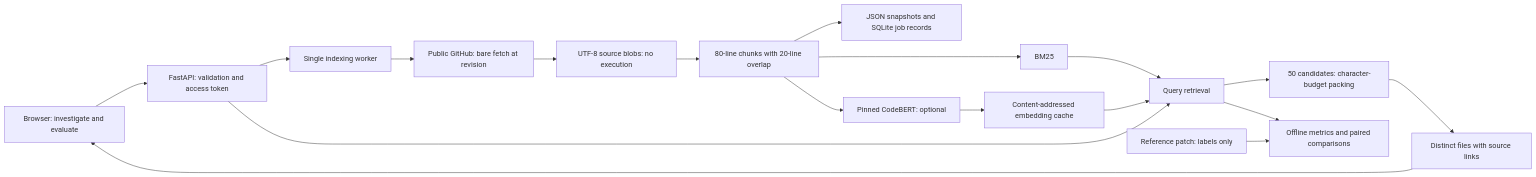
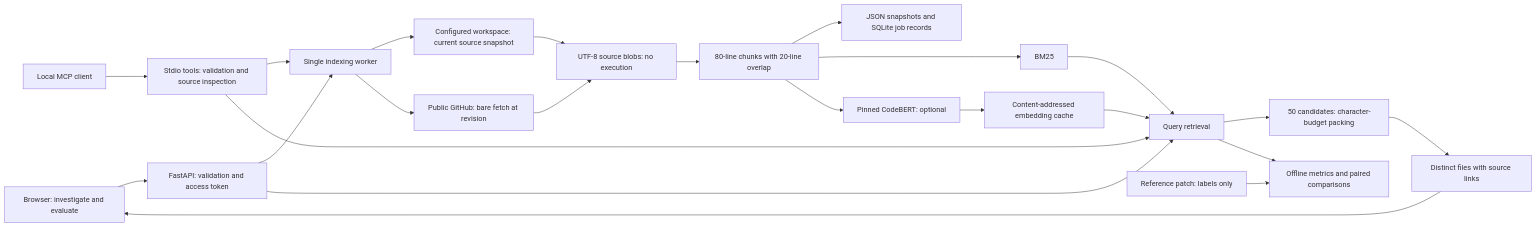
The diagram in docs/ARCHITECTURE.md (RyanBalech/llm-agent-evaluation), drawn with Mermaid before and after one commit. The commit also changed other lines of this file and 9 other files, not shown here.

Commit message:
Expose RepoLens retrieval through local MCP tools

````diff
--- a/docs/ARCHITECTURE.md
+++ b/docs/ARCHITECTURE.md
@@ -3,20 +3,25 @@
 ```mermaid
 flowchart LR
     UI[Browser: investigate and evaluate] --> API[FastAPI: validation and access token]
+    AGENT[Local MCP client] --> MCP[Stdio tools: validation and source inspection]
+    MCP --> JOB
+    MCP --> SEARCH
+    JOB --> LOCAL[Configured workspace: current source snapshot]
+    LOCAL --> SRC
     API --> JOB[Single indexing worker]
     JOB --> GIT[Public GitHub: bare fetch at revision]
     GIT --> SRC[UTF-8 source blobs: no execution]
     SRC --> CHUNK[80-line chunks with 20-line overlap]
     CHUNK --> STORE[JSON snapshots and SQLite job records]
     CHUNK --> BM[BM25]
     CHUNK --> ENC[Pinned CodeBERT: optional]
     ENC --> CACHE[Content-addressed embedding cache]
     API --> SEARCH[Query retrieval]
     BM --> SEARCH
     CACHE --> SEARCH
     SEARCH --> PACK[50 candidates: character-budget packing]
     PACK --> FILES[Distinct files with source links]
     FILES --> UI
     GOLD[Reference patch: labels only] --> EVAL[Offline metrics and paired comparisons]
     SEARCH --> EVAL
 ```
````
